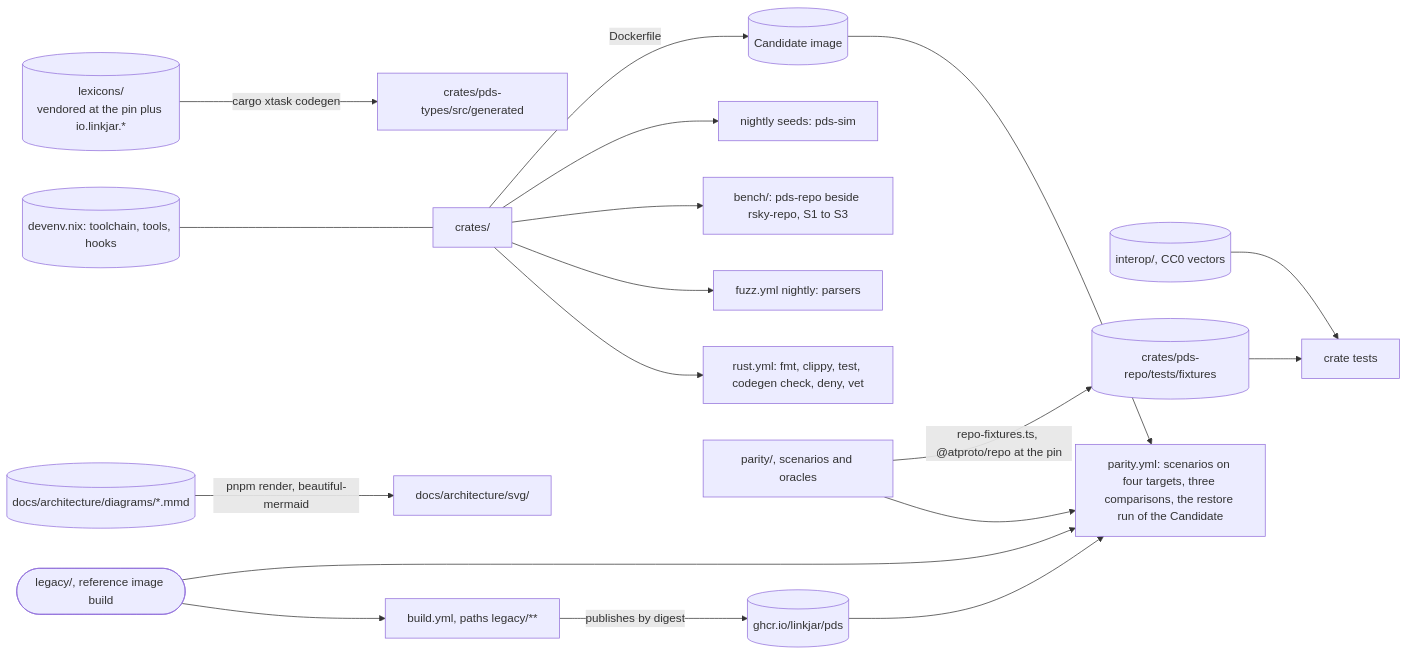
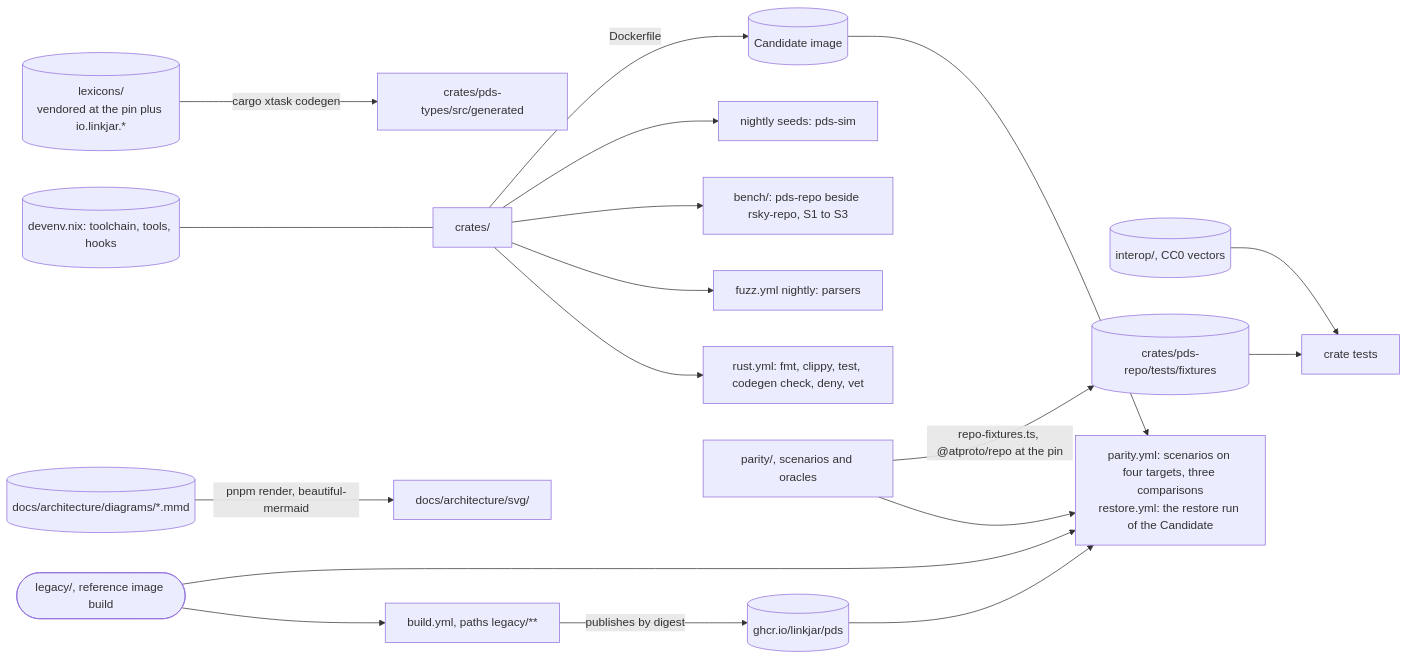
The diagram in docs/architecture/diagrams/18-repository.mmd (linkjar/pds), drawn with Mermaid before and after one commit. The commit also changed 95 other files, not shown here.

```diff
--- a/docs/architecture/diagrams/18-repository.mmd
+++ b/docs/architecture/diagrams/18-repository.mmd
@@ -1,18 +1,18 @@
 flowchart LR
   lex[(lexicons/<br/>vendored at the pin plus io.linkjar.*)] -- cargo xtask codegen --> gen[crates/pds-types/src/generated]
   interop[(interop/, CC0 vectors)] --> tests[crate tests]
   src[crates/] --> ci[rust.yml: fmt, clippy, test, codegen check, deny, vet]
   src --> fuzz[fuzz.yml nightly: parsers]
   src --> bench[bench/: pds-repo beside rsky-repo, S1 to S3]
   src --> sim[nightly seeds: pds-sim]
   legacy([legacy/, reference image build]) --> build[build.yml, paths legacy/**]
   build -- publishes by digest --> image[(ghcr.io/linkjar/pds)]
-  parity[parity/, scenarios and oracles] --> gate[parity.yml: scenarios on four targets, three comparisons, the restore run of the Candidate]
+  parity[parity/, scenarios and oracles] --> gate[parity.yml: scenarios on four targets, three comparisons<br/>restore.yml: the restore run of the Candidate]
   image --> gate
   src -- Dockerfile --> candidate[(Candidate image)]
   candidate --> gate
   legacy --> gate
   parity -- repo-fixtures.ts, @atproto/repo at the pin --> fixtures[(crates/pds-repo/tests/fixtures)]
   fixtures --> tests
   devenv[(devenv.nix: toolchain, tools, hooks)] --- src
   mmd[(docs/architecture/diagrams/*.mmd)] -- pnpm render, beautiful-mermaid --> svg[docs/architecture/svg/]
```
